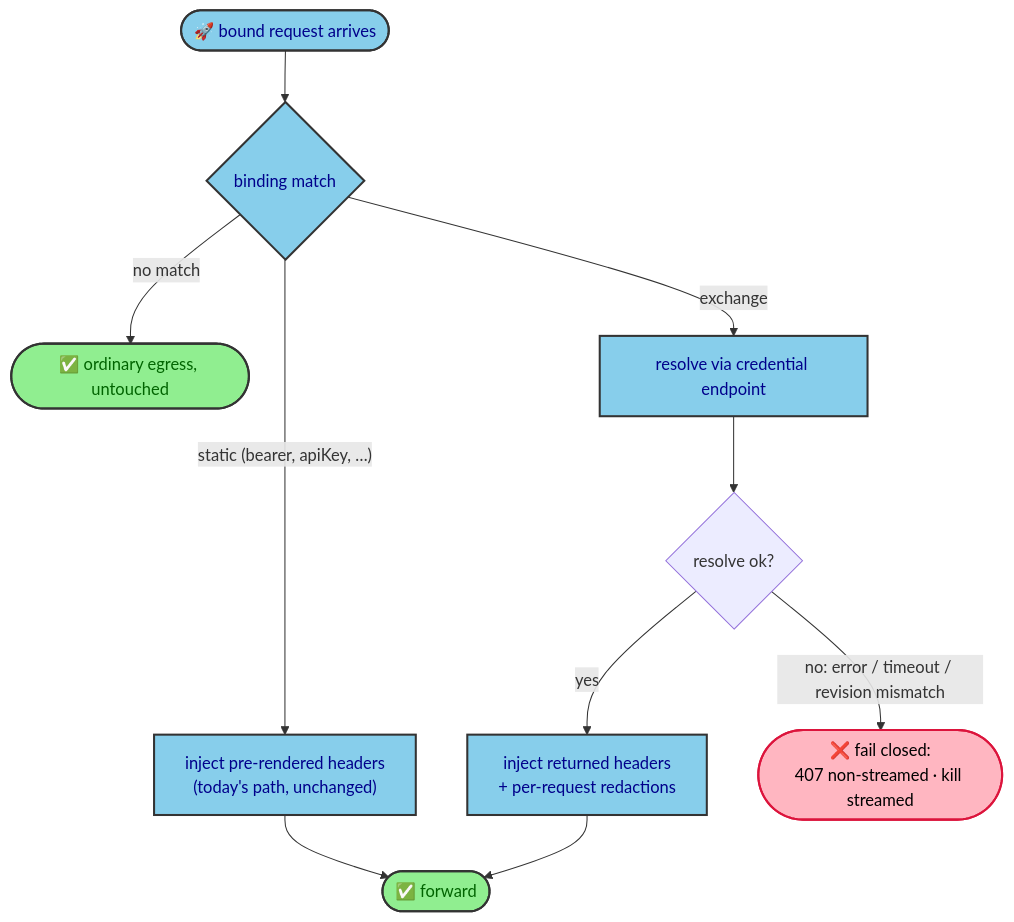
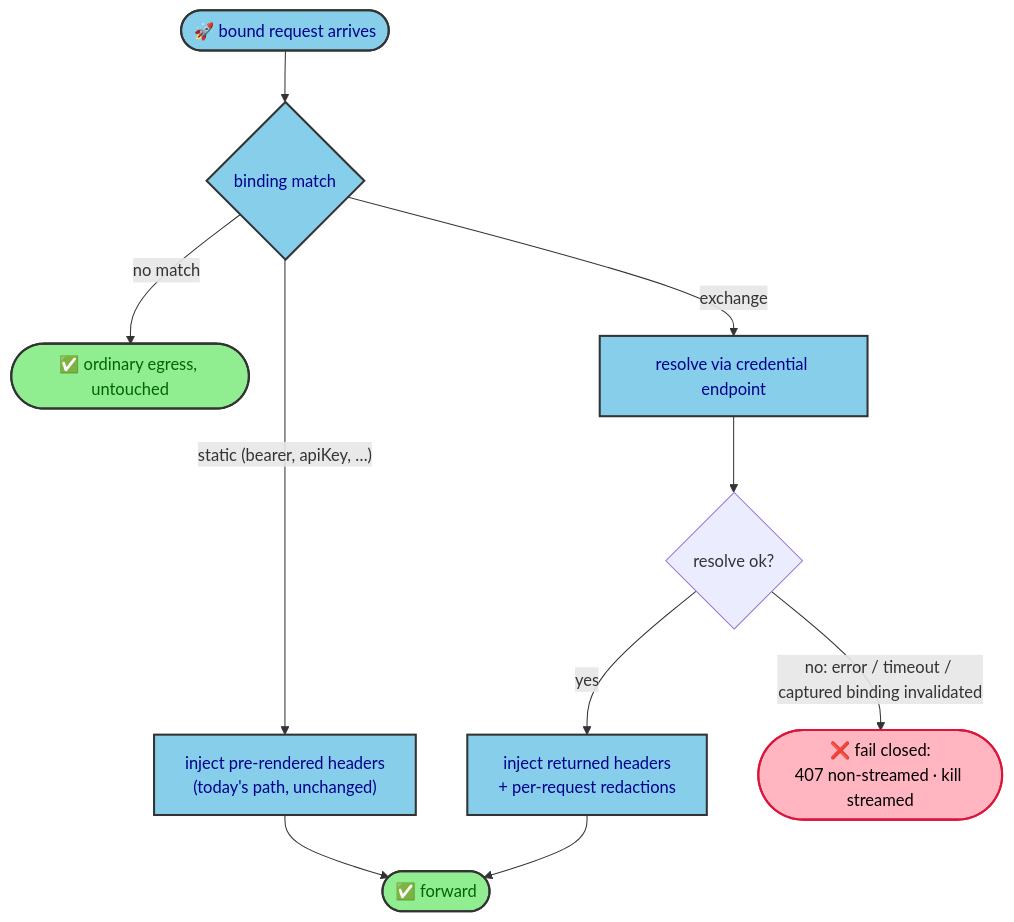
The second of 3 diagrams in oseps/0025-credential-vault-provider-spi.md (Dev-next-gen/OpenSandbox), drawn with Mermaid before and after one commit. The commit also changed other lines of this file, not shown here.

````diff
--- a/oseps/0025-credential-vault-provider-spi.md
+++ b/oseps/0025-credential-vault-provider-spi.md
@@ -250,18 +254,18 @@
 ```mermaid
 flowchart TD
     A(["🚀 bound request arrives"]) --> C{"binding match"}
     C -->|"no match"| Z(["✅ ordinary egress, untouched"])
     C -->|"static (bearer, apiKey, …)"| S["inject pre-rendered headers<br/>(today's path, unchanged)"]
     C -->|"exchange"| R["resolve via credential endpoint"]
     R --> OK{"resolve ok?"}
     OK -->|"yes"| I["inject returned headers<br/>+ per-request redactions"]
     I --> FWD(["✅ forward"])
     S --> FWD
-    OK -->|"no: error / timeout / revision mismatch"| F(["❌ fail closed:<br/>407 non-streamed · kill streamed"])
+    OK -->|"no: error / timeout / captured binding invalidated"| F(["❌ fail closed:<br/>407 non-streamed · kill streamed"])
     classDef ok fill:#90EE90,stroke:#333,stroke-width:2px,color:darkgreen
     classDef proc fill:#87CEEB,stroke:#333,stroke-width:2px,color:darkblue
     classDef err fill:#FFB6C1,stroke:#DC143C,stroke-width:2px,color:black
     class Z,FWD ok
     class A,C,S,R,I proc
     class F err
 ```
````
